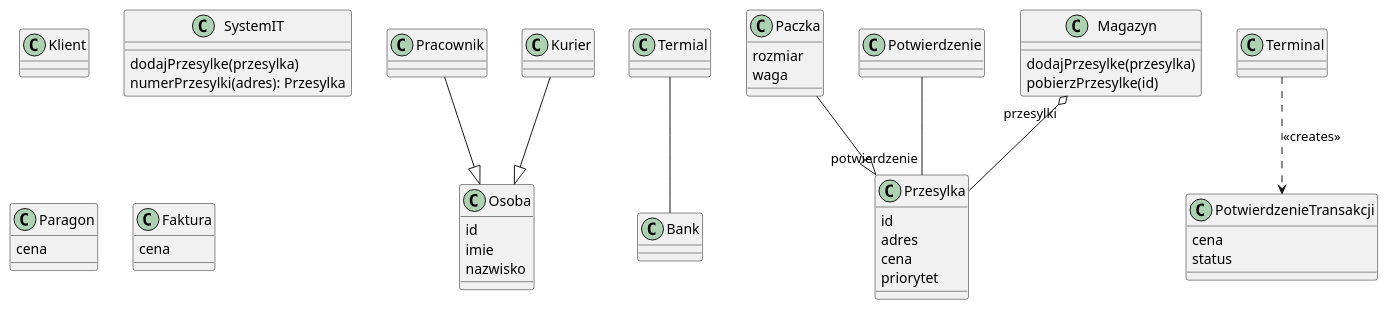
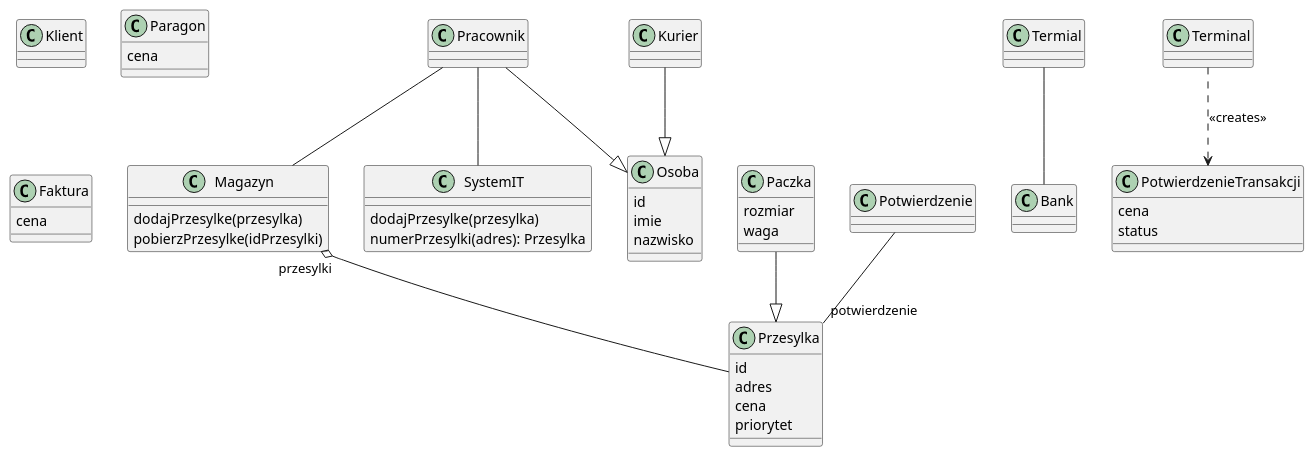
The diagram in zaoczne/g2/poczta_diagr_klas.plantuml (kpodlaski/ProjektowanieObiektowe_2024-24), drawn with PlantUML before and after one commit. The commit also changed 1 other file, not shown here.

```diff
--- a/zaoczne/g2/poczta_diagr_klas.plantuml
+++ b/zaoczne/g2/poczta_diagr_klas.plantuml
@@ -1,58 +1,61 @@
 @startuml
 
 class Pracownik{}
 class Bank {} 
 class Klient{}
 class Kurier {}
 class Osoba{
     id
     imie 
     nazwisko
 }
 class Przesylka{
     id 
     adres
     cena 
     priorytet
     'potwierdzenie : Potwierdzenie 
 }
 class Paczka{
     rozmiar
     waga
 }
 
 class Potwierdzenie {}
 
 class Magazyn{
     'przesylki : Przesylka[]
     dodajPrzesylke(przesylka)
-    pobierzPrzesylke(id)
+    pobierzPrzesylke(idPrzesylki)
 }
 
 
 class SystemIT{
     'przesylki : Przesylka[]
     dodajPrzesylke(przesylka)
     numerPrzesylki(adres): Przesylka
 }
 
 class Paragon{ 
     cena
 }
 class Termial{}
 class Faktura{ 
     cena
 }
 class PotwierdzenieTransakcji{ 
     cena
     status
 }
 
 Terminal ..> PotwierdzenieTransakcji : <<creates>> 
 Paczka --|> Przesylka
 Potwierdzenie -- "potwierdzenie" Przesylka
 Magazyn "przesylki" o-- Przesylka
 Termial -- Bank
 Kurier --|> Osoba
 Pracownik --|> Osoba
+
+Pracownik -- Magazyn
+Pracownik -- SystemIT
 @enduml
```
